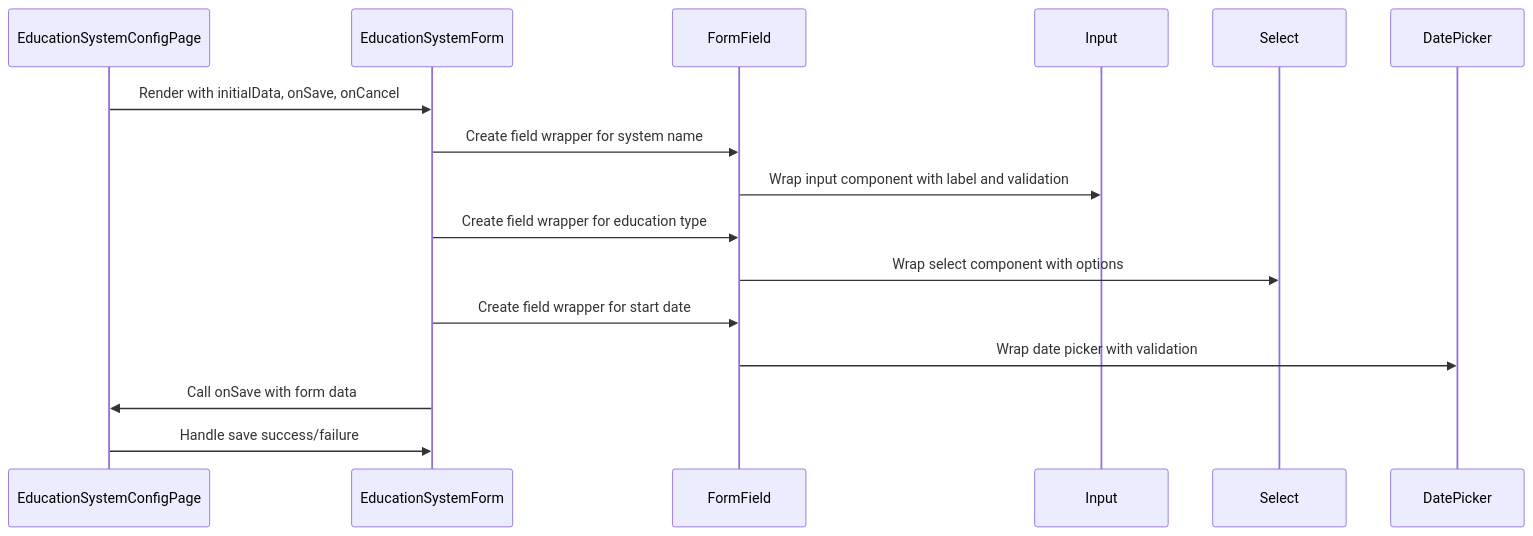
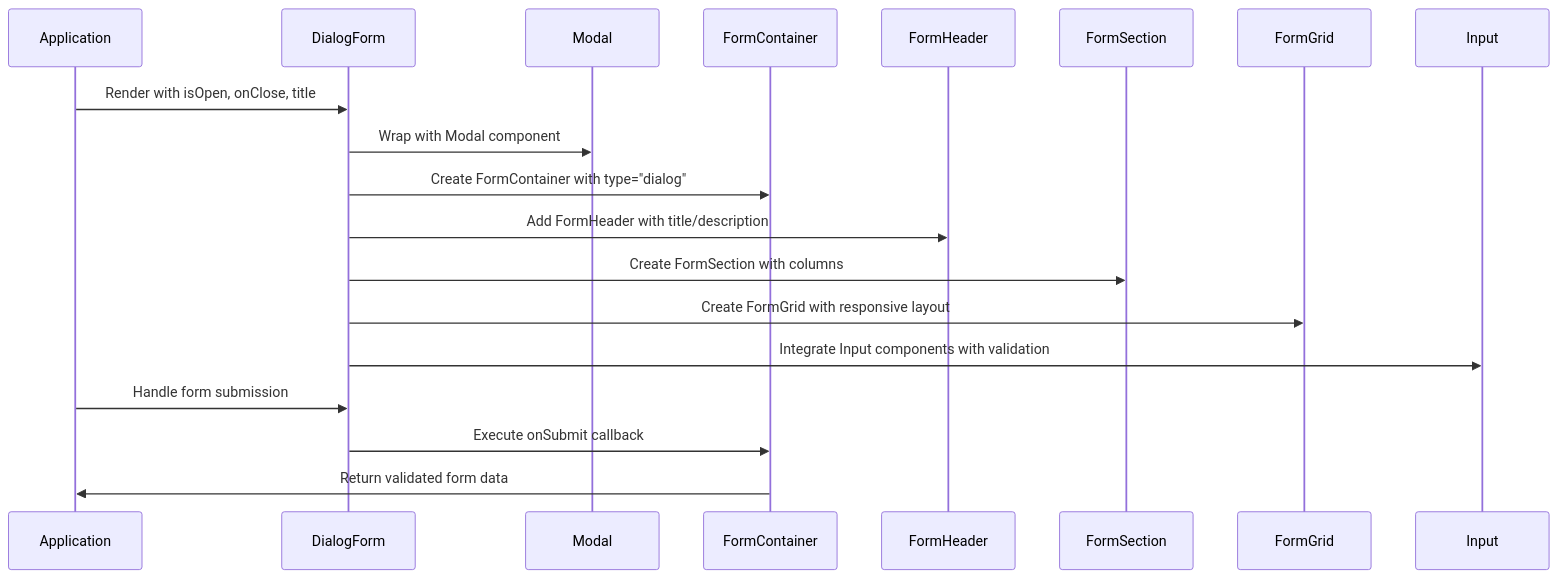
One commit to geniusdynamics/schoolpilot changed the ninth of 12 diagrams in .qoder/repowiki/en/content/UI Component Library/Form Components.md. Above: the diagram before and after it, drawn with Mermaid. The commit also changed other lines of this file and 6 other files, not shown here.

````diff
--- a/.qoder/repowiki/en/content/UI Component Library/Form Components.md
+++ b/.qoder/repowiki/en/content/UI Component Library/Form Components.md
@@ -548,18 +488,21 @@
 ```mermaid
 sequenceDiagram
-participant Page as EducationSystemConfigPage
-participant Form as EducationSystemForm
-participant Field as FormField
+participant App as Application
+participant Dialog as DialogForm
+participant Modal as Modal
+participant FormContainer as FormContainer
+participant FormHeader as FormHeader
+participant FormSection as FormSection
+participant FormGrid as FormGrid
 participant Input as Input
-participant Select as Select
-participant DatePicker as DatePicker
-Page->>Form : Render with initialData, onSave, onCancel
-Form->>Field : Create field wrapper for system name
-Field->>Input : Wrap input component with label and validation
-Form->>Field : Create field wrapper for education type
-Field->>Select : Wrap select component with options
-Form->>Field : Create field wrapper for start date
-Field->>DatePicker : Wrap date picker with validation
-Form->>Page : Call onSave with form data
-Page->>Form : Handle save success/failure
+App->>Dialog : Render with isOpen, onClose, title
+Dialog->>Modal : Wrap with Modal component
+Dialog->>FormContainer : Create FormContainer with type="dialog"
+Dialog->>FormHeader : Add FormHeader with title/description
+Dialog->>FormSection : Create FormSection with columns
+Dialog->>FormGrid : Create FormGrid with responsive layout
+Dialog->>Input : Integrate Input components with validation
+App->>Dialog : Handle form submission
+Dialog->>FormContainer : Execute onSubmit callback
+FormContainer->>App : Return validated form data
 ```
````
